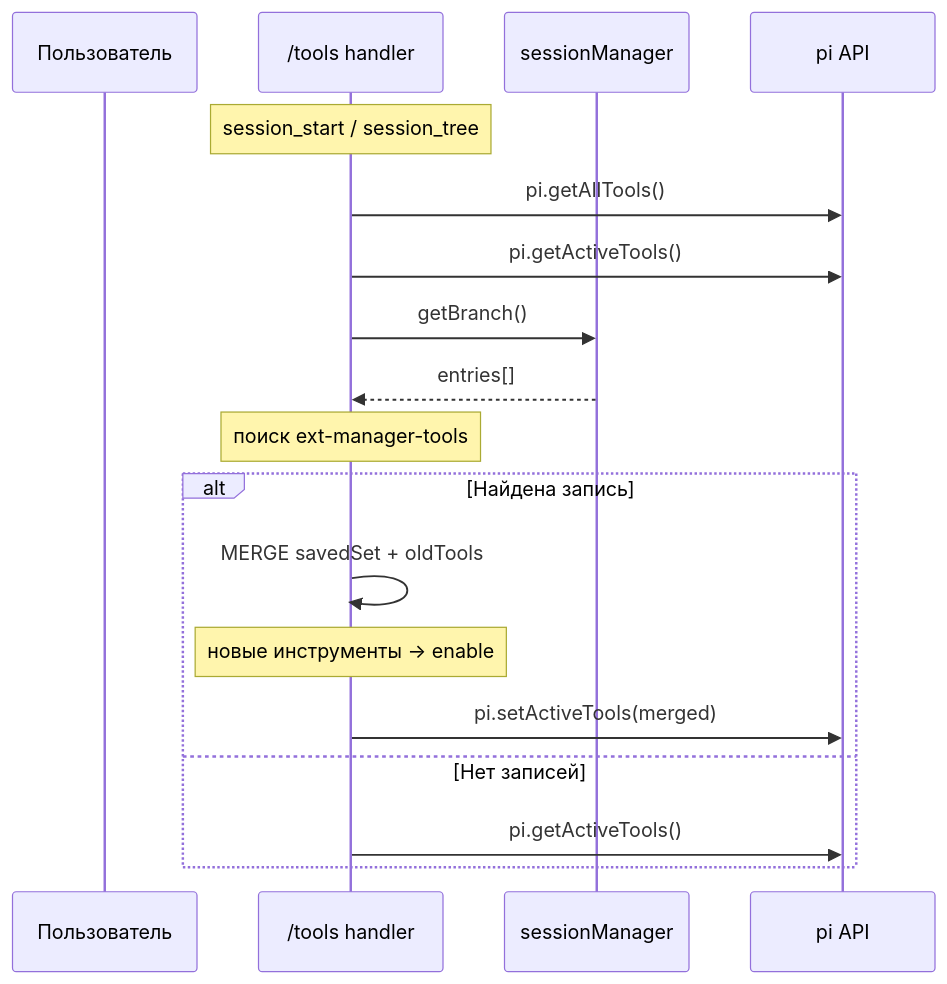
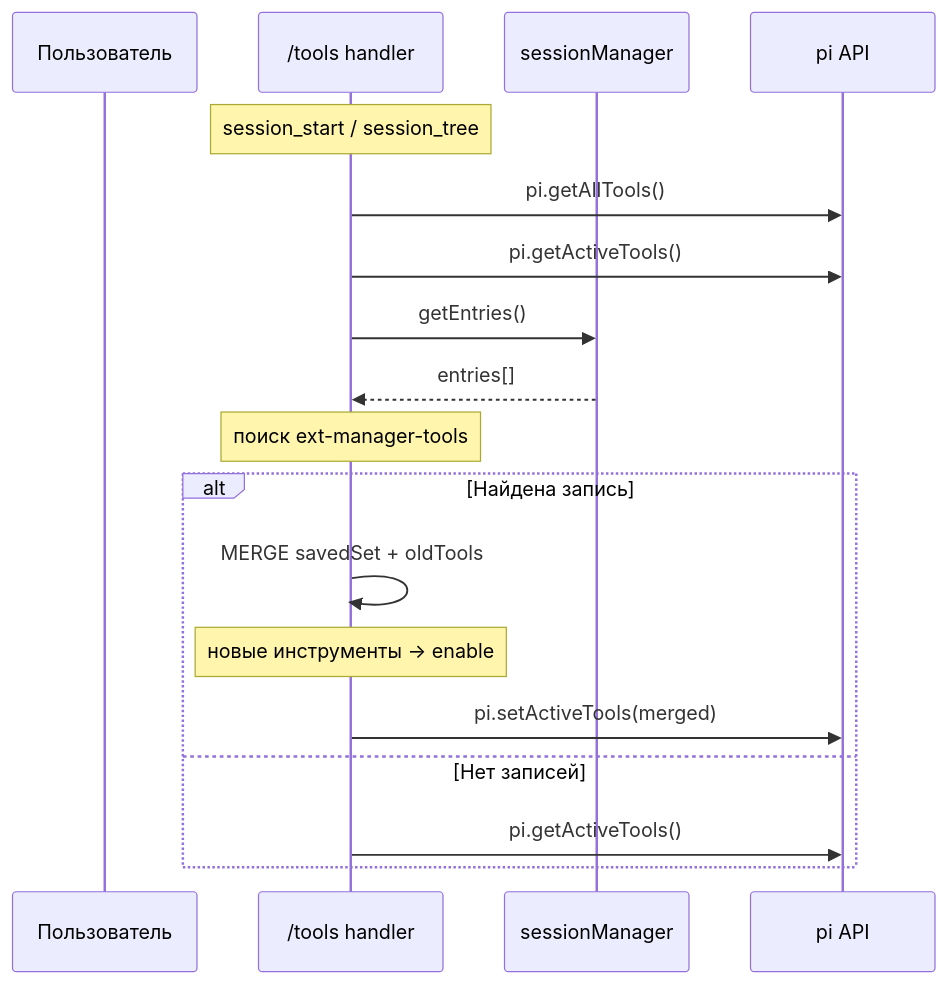
One commit to intulint/pi-extension-manager changed the first of 3 diagrams in ARCHITECTURE.md. Above: the diagram before and after it, drawn with Mermaid. The commit also changed 1 other file, not shown here.

Commit message:
fix: restore tools state from all session entries, not current branch only
Баг: при восстановлении состояния инструментов (/tools) использовался
getBranch(), который проходит от текущего листа к корню. Но pi.appendEntry()
создаёт custom-запись как дочернюю к текущему листу. Когда после закрытия
меню добавляются новые сообщения, custom-запись оказывается на другой
ветке и не видна через getBranch().

Фикс: используем getEntries() — он возвращает ВСЕ записи сессии,
независимо от ветки.

````diff
--- a/ARCHITECTURE.md
+++ b/ARCHITECTURE.md
@@ -121,21 +121,21 @@
 ```mermaid
 sequenceDiagram
     participant P as Пользователь
     participant T as /tools handler
     participant S as sessionManager
     participant A as pi API
 
     Note over T: session_start / session_tree
     T->>A: pi.getAllTools()
     T->>A: pi.getActiveTools()
-    T->>S: getBranch()
+    T->>S: getEntries()
     S-->>T: entries[]
     Note over T: поиск ext-manager-tools
     alt Найдена запись
         T->>T: MERGE savedSet + oldTools
         Note over T: новые инструменты → enable
         T->>A: pi.setActiveTools(merged)
     else Нет записей
         T->>A: pi.getActiveTools()
     end
 ```
````
